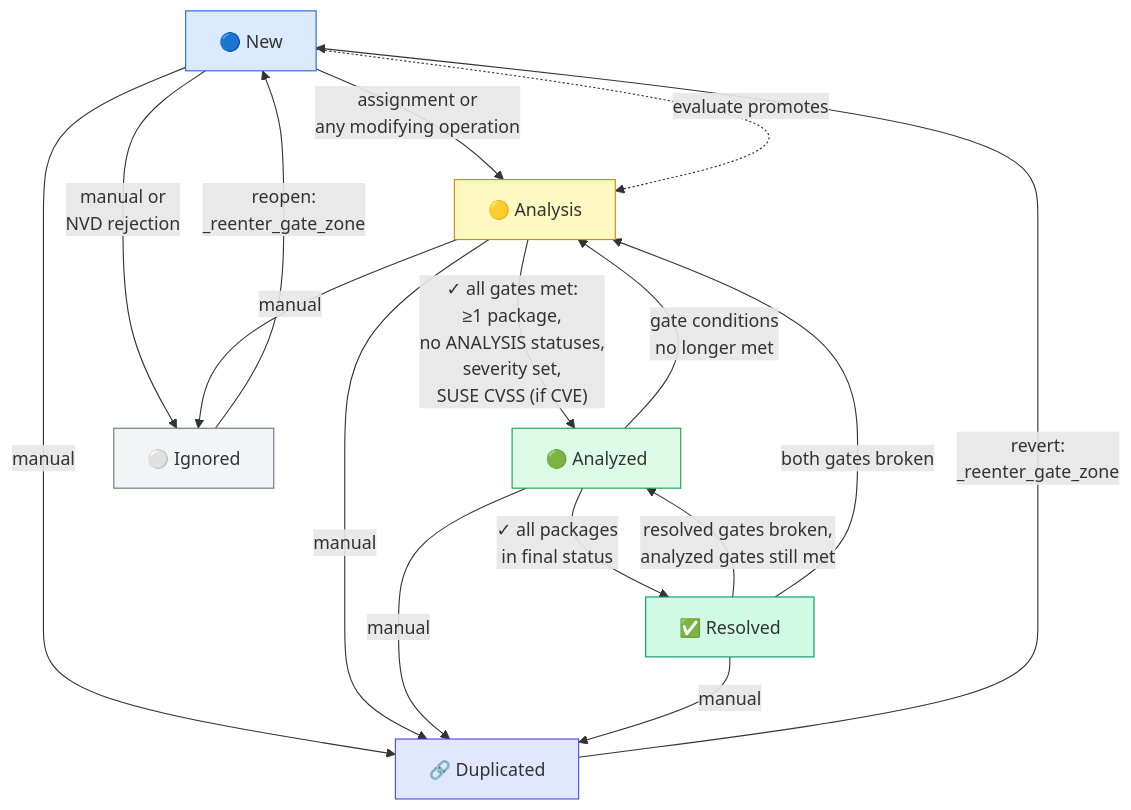
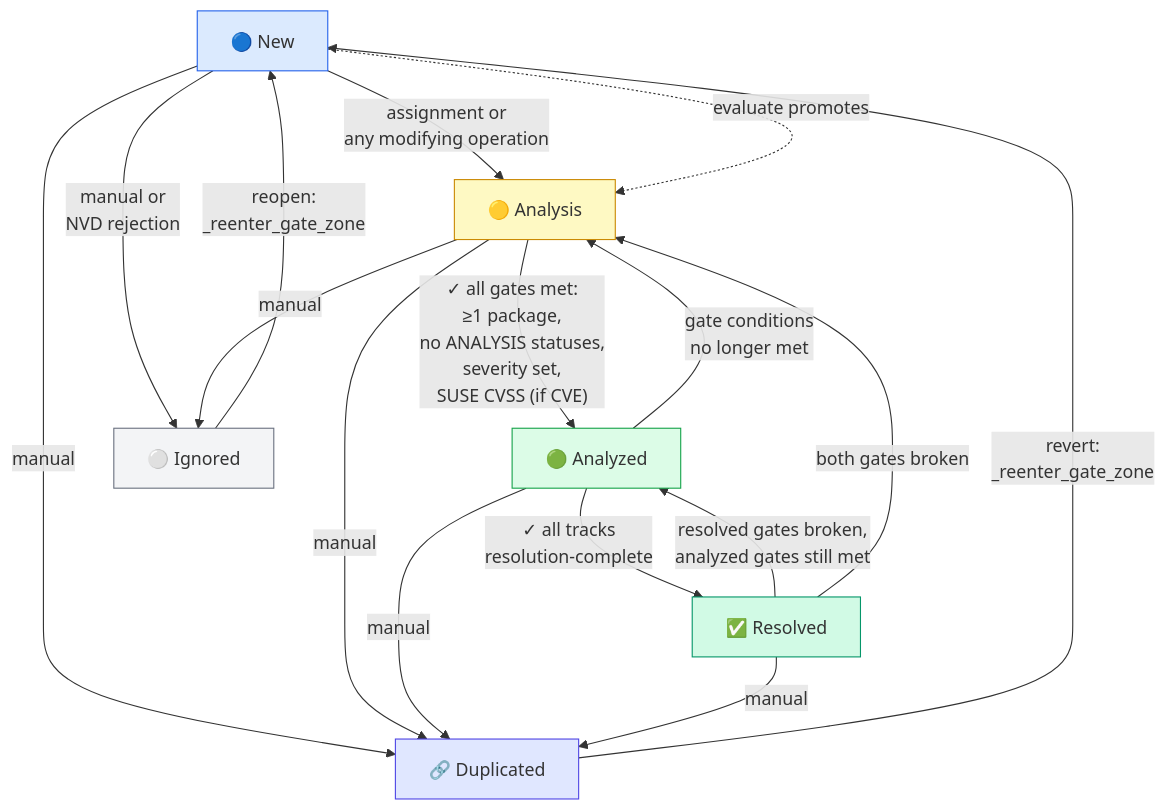
The fifth of 6 diagrams in docs/system-map.md (StayPirate/STAMP), drawn with Mermaid before and after one commit. The commit also changed other lines of this file and 7 other files, not shown here.

First line of the commit message:
docs: integrate resolution-complete predicate into ticket lifecycle specs

````diff
--- a/docs/system-map.md
+++ b/docs/system-map.md
@@ -544,38 +544,38 @@
 ```mermaid
 flowchart TD
     NEW["🔵 New"]
     ANALYSIS["🟡 Analysis"]
     ANALYZED["🟢 Analyzed"]
     RESOLVED["✅ Resolved"]
     IGNORED["⚪ Ignored"]
     DUPLICATED["🔗 Duplicated"]
 
     NEW -->|"assignment or<br/>any modifying operation"| ANALYSIS
     NEW -->|"manual or<br/>NVD rejection"| IGNORED
 
     ANALYSIS -->|"✓ all gates met:<br/>≥1 package,<br/>no ANALYSIS statuses,<br/>severity set,<br/>SUSE CVSS (if CVE)"| ANALYZED
     ANALYSIS -->|"manual"| IGNORED
 
-    ANALYZED -->|"✓ all packages<br/>in final status"| RESOLVED
+    ANALYZED -->|"✓ all tracks<br/>resolution-complete"| RESOLVED
     ANALYZED -->|"gate conditions<br/>no longer met"| ANALYSIS
 
     RESOLVED -->|"resolved gates broken,<br/>analyzed gates still met"| ANALYZED
     RESOLVED -->|"both gates broken"| ANALYSIS
 
     NEW -->|"manual"| DUPLICATED
     ANALYSIS -->|"manual"| DUPLICATED
     ANALYZED -->|"manual"| DUPLICATED
     RESOLVED -->|"manual"| DUPLICATED
 
     DUPLICATED -->|"revert:<br/>_reenter_gate_zone"| NEW
     IGNORED -->|"reopen:<br/>_reenter_gate_zone"| NEW
 
     NEW -.->|"evaluate promotes"| ANALYSIS
 
     style NEW fill:#dbeafe,stroke:#2563eb
     style ANALYSIS fill:#fef9c3,stroke:#ca8a04
     style ANALYZED fill:#dcfce7,stroke:#16a34a
     style RESOLVED fill:#d1fae5,stroke:#059669
     style IGNORED fill:#f3f4f6,stroke:#6b7280
     style DUPLICATED fill:#e0e7ff,stroke:#4f46e5
 ```
````
